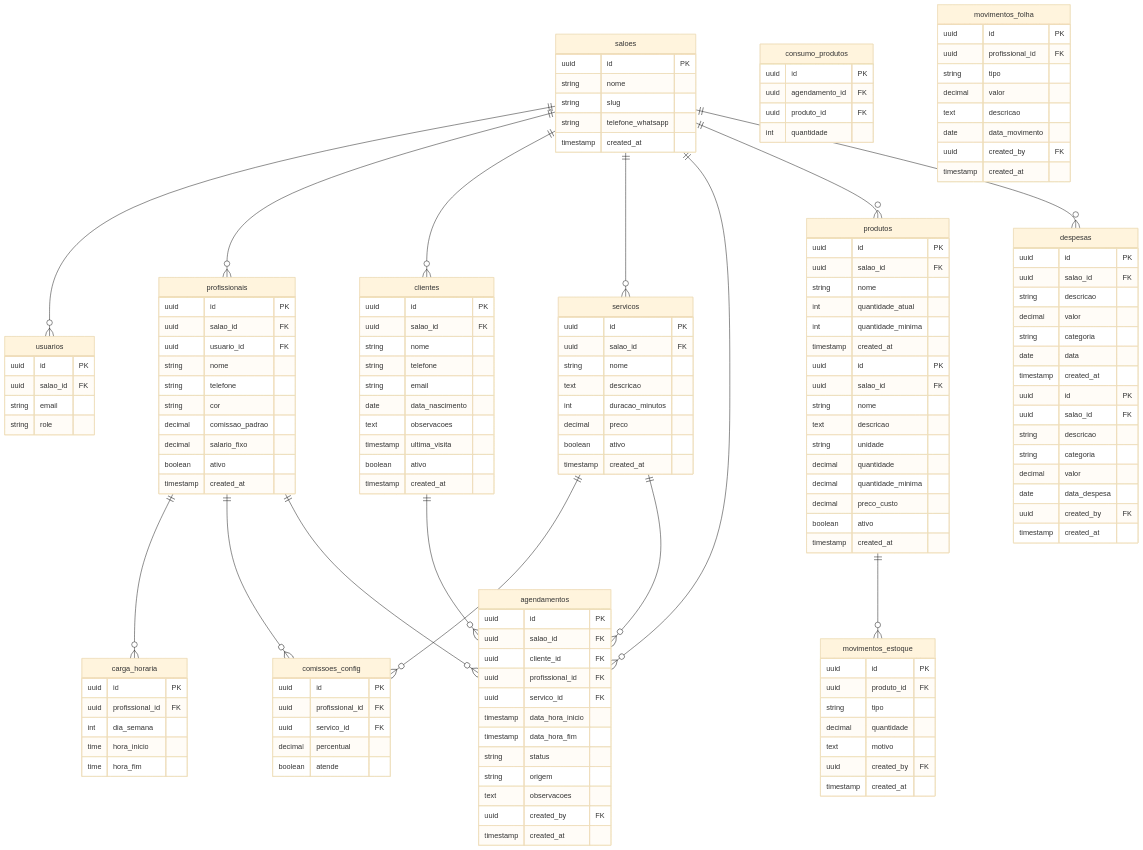
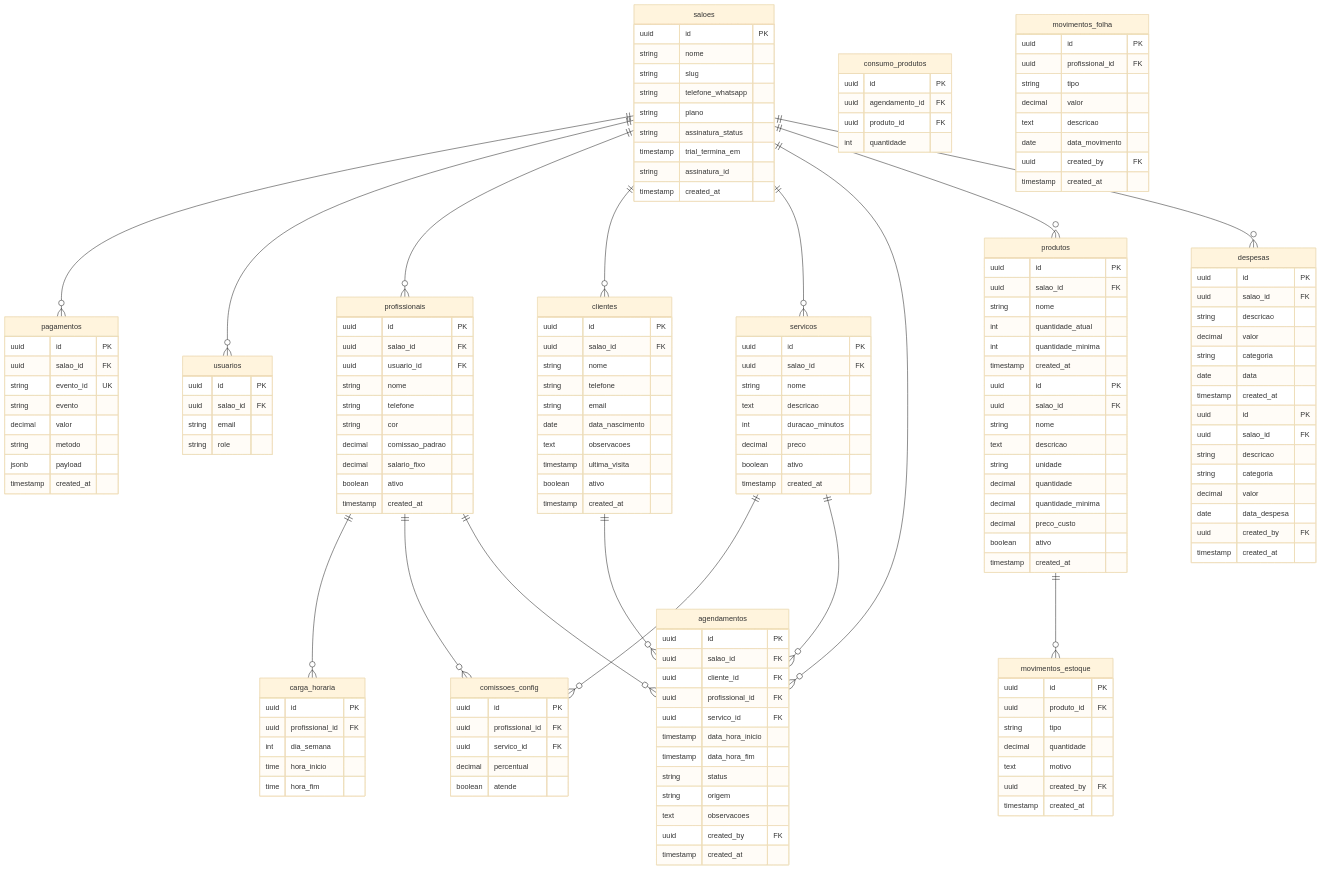
Before and after one commit to DiegoNexa/Nexa: the seventh of 7 diagrams in DIAGRAM.md, drawn with Mermaid (base theme). The commit also changed 9 other files, not shown here.

```diff
--- a/DIAGRAM.md
+++ b/DIAGRAM.md
@@ -177,6 +177,21 @@
         string nome
         string slug
         string telefone_whatsapp
+        string plano
+        string assinatura_status
+        timestamp trial_termina_em
+        string assinatura_id
+        timestamp created_at
+    }
+
+    pagamentos {
+        uuid id PK
+        uuid salao_id FK
+        string evento_id UK
+        string evento
+        decimal valor
+        string metodo
+        jsonb payload
         timestamp created_at
     }
 
@@ -326,6 +341,7 @@
         timestamp created_at
     }
 
+    saloes ||--o{ pagamentos : ""
     saloes ||--o{ usuarios : ""
     saloes ||--o{ profissionais : ""
     saloes ||--o{ clientes : ""
```
